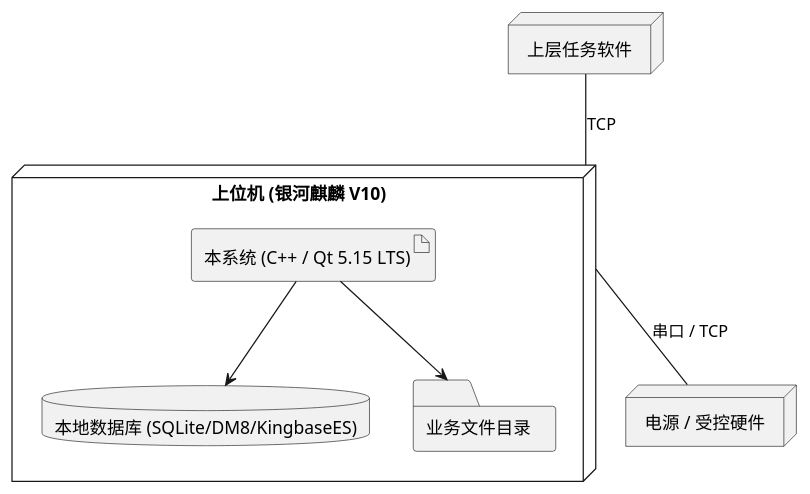
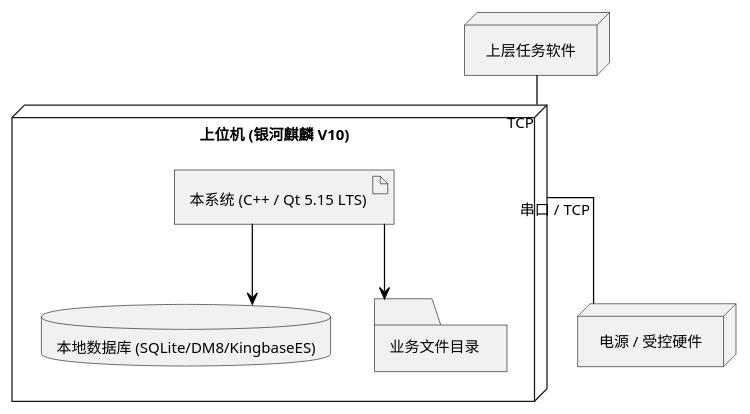
The second of 2 diagrams in 方案/02-总体设计方案.md (cppshooter/cursor), drawn with PlantUML before and after one commit. The commit also changed other lines of this file and 10 other files, not shown here.

First line of the commit message:
fix(方案/plantuml): 统一应用黑白 Visio 风格 skinparam，修复访问层组件图语法错误

````diff
--- a/方案/02-总体设计方案.md
+++ b/方案/02-总体设计方案.md
@@ -75,16 +87,29 @@
 ```plantuml
 @startuml
+skinparam monochrome true
+skinparam shadowing false
+skinparam backgroundColor #FFFFFF
+skinparam DefaultFontName "Microsoft YaHei"
+skinparam DefaultFontSize 12
+skinparam roundCorner 0
+skinparam ArrowColor #000000
+skinparam ArrowThickness 1
+skinparam Padding 2
+skinparam linetype ortho
+skinparam componentStyle rectangle
+
+
 node "上位机 (银河麒麟 V10)" as PC {
   artifact "本系统 (C++ / Qt 5.15 LTS)" as App
   database "本地数据库 (SQLite/DM8/KingbaseES)" as DB
   folder "业务文件目录" as FS
 }
 node "电源 / 受控硬件" as HW
 node "上层任务软件" as Upper
 
 PC -down- HW : 串口 / TCP
 PC -up- Upper : TCP
 App --> DB
 App --> FS
 @enduml
 ```
````
